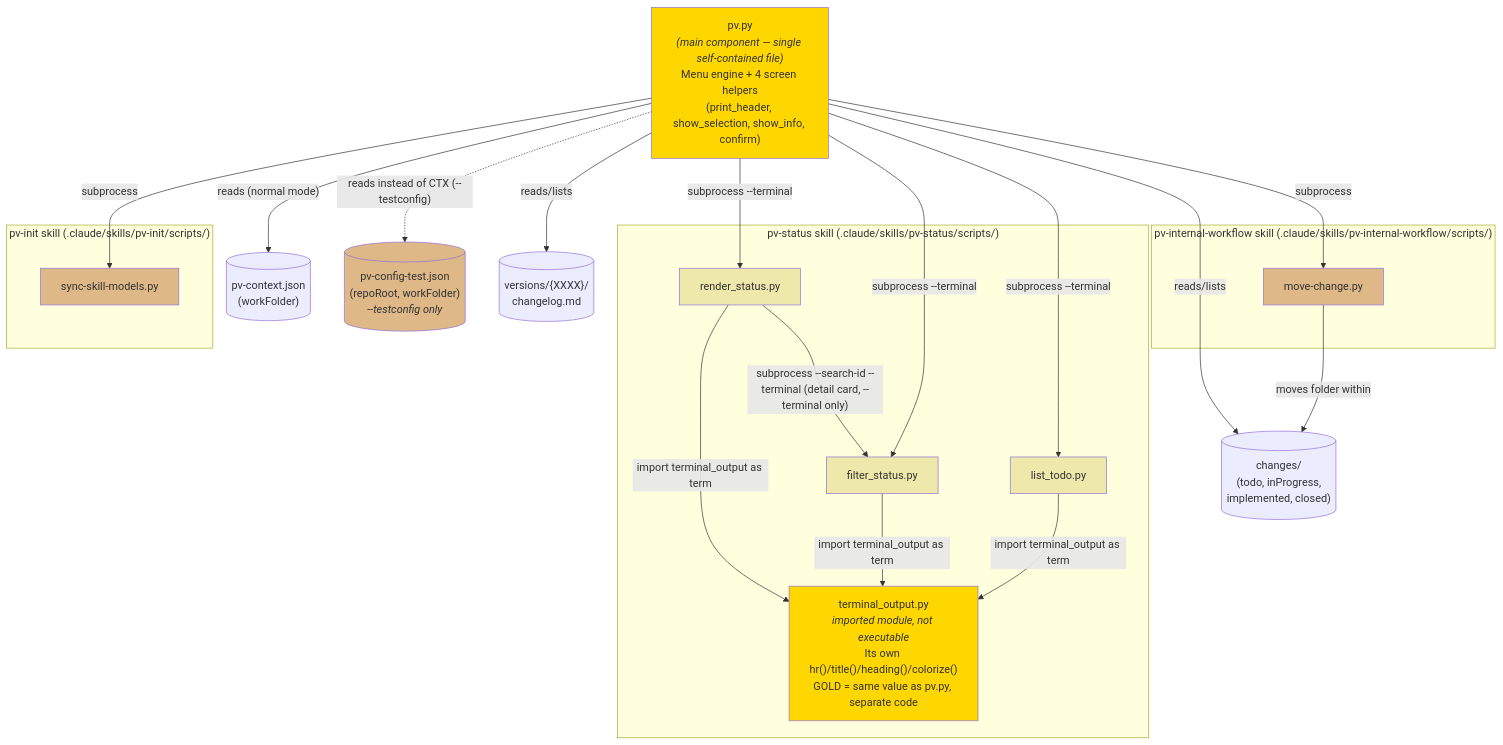
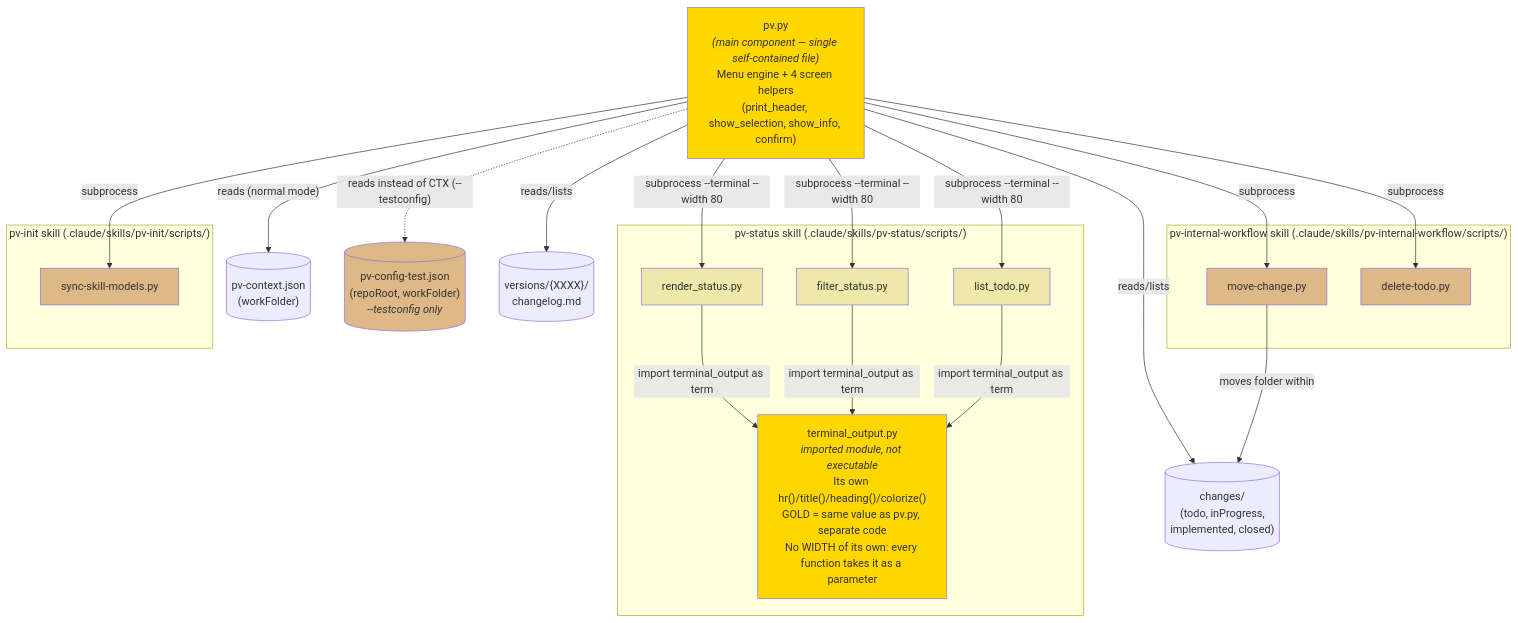
The second of 2 diagrams in .claude/pv-doc/pv-design-onescript/pv-design-onescript.en.md (yeyopepe/previo), drawn with Mermaid before and after one commit. The commit also changed other lines of this file and 11 other files, not shown here.

````diff
--- a/.claude/pv-doc/pv-design-onescript/pv-design-onescript.en.md
+++ b/.claude/pv-doc/pv-design-onescript/pv-design-onescript.en.md
@@ -150,50 +187,52 @@
 ```mermaid
 graph TD
     PV["pv.py<br/><i>(main component — single self-contained file)</i><br/>Menu engine + 4 screen helpers<br/>(print_header, show_selection, show_info, confirm)"]
 
     subgraph SKILL_STATUS ["pv-status skill (.claude/skills/pv-status/scripts/)"]
-        TO["terminal_output.py<br/><i>imported module, not executable</i><br/>Its own hr()/title()/heading()/colorize()<br/>GOLD = same value as pv.py, separate code"]
+        TO["terminal_output.py<br/><i>imported module, not executable</i><br/>Its own hr()/title()/heading()/colorize()<br/>GOLD = same value as pv.py, separate code<br/>No WIDTH of its own: every function takes it as a parameter"]
         RS["render_status.py"]
         FS["filter_status.py"]
         LT["list_todo.py"]
 
         RS -->|import terminal_output as term| TO
         FS -->|import terminal_output as term| TO
         LT -->|import terminal_output as term| TO
-        RS -->|"subprocess --search-id --terminal (detail card, --terminal only)"| FS
     end
 
     subgraph SKILL_WORKFLOW ["pv-internal-workflow skill (.claude/skills/pv-internal-workflow/scripts/)"]
         MC["move-change.py"]
+        DT["delete-todo.py"]
     end
 
     subgraph SKILL_INIT ["pv-init skill (.claude/skills/pv-init/scripts/)"]
         SSM["sync-skill-models.py"]
     end
 
     CTX[("pv-context.json<br/>(workFolder)")]
     TESTCFG[("pv-config-test.json<br/>(repoRoot, workFolder)<br/><i>--testconfig only</i>")]
     CHANGES[("changes/<br/>(todo, inProgress,<br/>implemented, closed)")]
     VERSIONS[("versions/{XXXX}/<br/>changelog.md")]
 
-    PV -->|"subprocess --terminal"| RS
-    PV -->|"subprocess --terminal"| FS
-    PV -->|"subprocess --terminal"| LT
+    PV -->|"subprocess --terminal --width 80"| RS
+    PV -->|"subprocess --terminal --width 80"| FS
+    PV -->|"subprocess --terminal --width 80"| LT
     PV -->|"subprocess"| MC
+    PV -->|"subprocess"| DT
     PV -->|"subprocess"| SSM
 
     PV -->|"reads (normal mode)"| CTX
     PV -.->|"reads instead of CTX (--testconfig)"| TESTCFG
     PV -->|reads/lists| CHANGES
     PV -->|reads/lists| VERSIONS
     MC -->|moves folder within| CHANGES
 
     style PV fill:#FFD700
     style TO fill:#FFD700
     style RS fill:#EEE8AA
     style FS fill:#EEE8AA
     style LT fill:#EEE8AA
     style MC fill:#DEB887
+    style DT fill:#DEB887
     style SSM fill:#DEB887
     style TESTCFG fill:#DEB887
 ```
````
